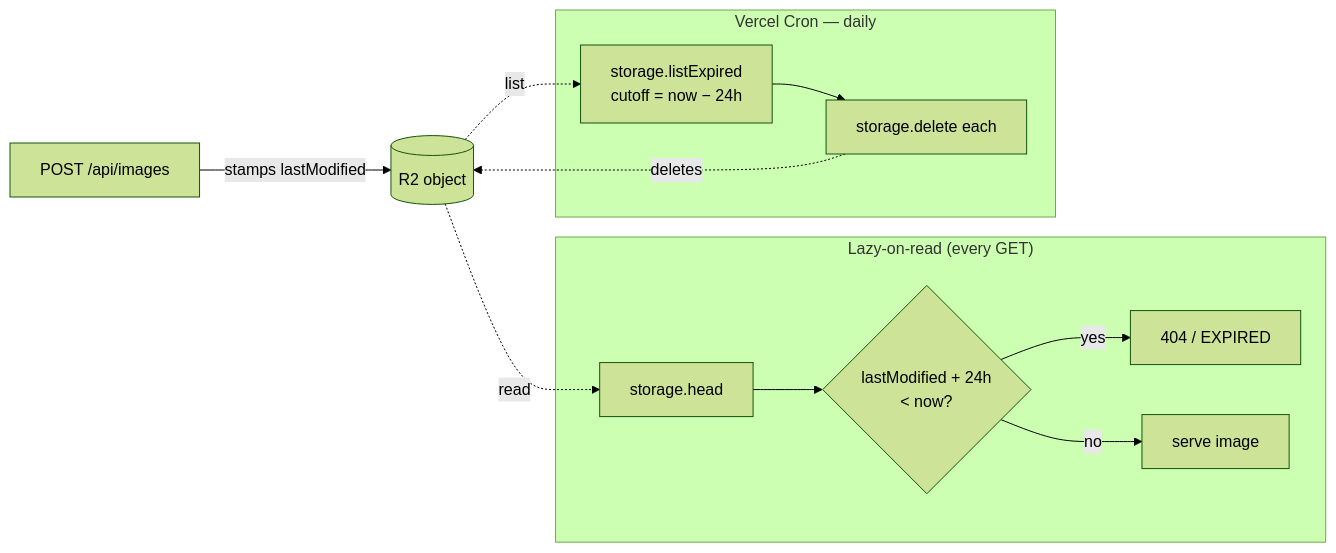
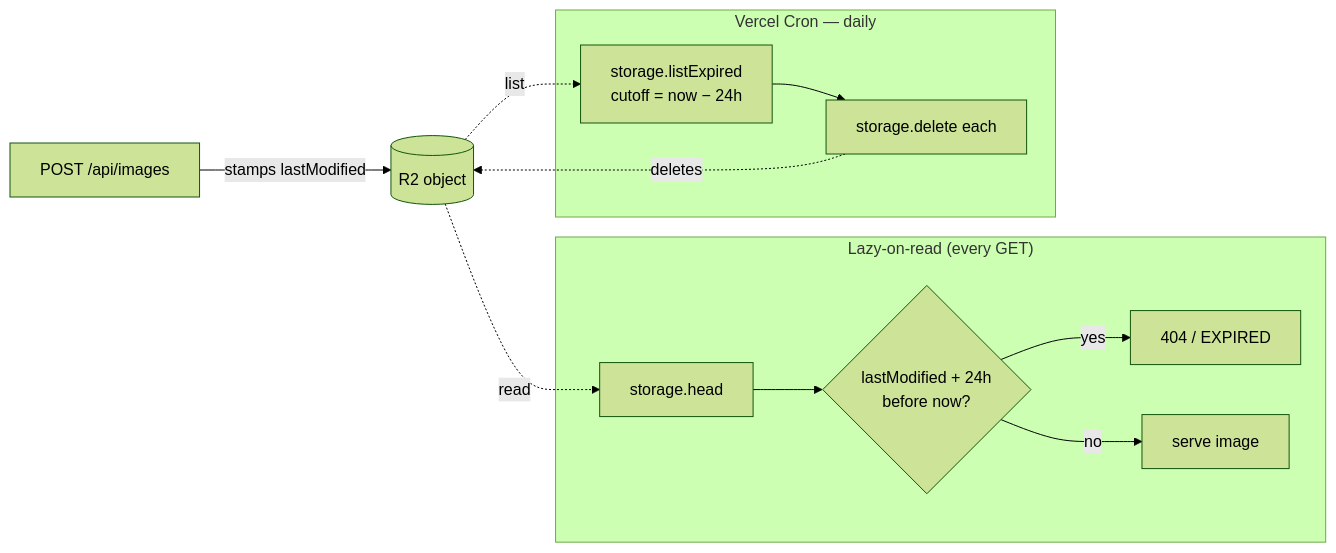
Before and after one commit to agustin-vaca/image-transformation: the fifth of 5 diagrams in docs/ARCHITECTURE.md, drawn with Mermaid (forest theme). The commit also changed other lines of this file, not shown here.

First line of the commit message:
fix(docs): mermaid rendering in ARCHITECTURE.md

````diff
--- a/docs/ARCHITECTURE.md
+++ b/docs/ARCHITECTURE.md
@@ -198,22 +198,22 @@
 ```mermaid
 flowchart LR
     upload[POST /api/images] -->|stamps lastModified| r2[(R2 object)]
 
     subgraph lazy["Lazy-on-read (every GET)"]
         head[storage.head]
-        check{lastModified + 24h<br/>&lt; now?}
+        check{"lastModified + 24h<br/>before now?"}
         head --> check
         check -- yes --> nf[404 / EXPIRED]
         check -- no --> serve[serve image]
     end
 
     subgraph cron["Vercel Cron — daily"]
         list[storage.listExpired<br/>cutoff = now − 24h]
         del[storage.delete each]
         list --> del
     end
 
     r2 -.read.-> head
     r2 -.list.-> list
     del -.deletes.-> r2
 ```
````
